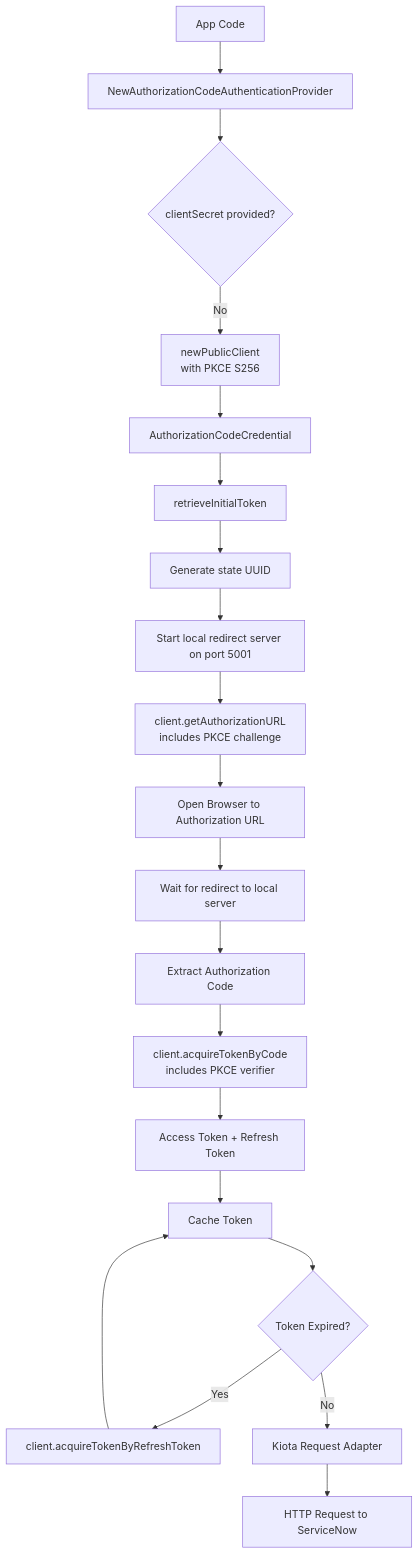
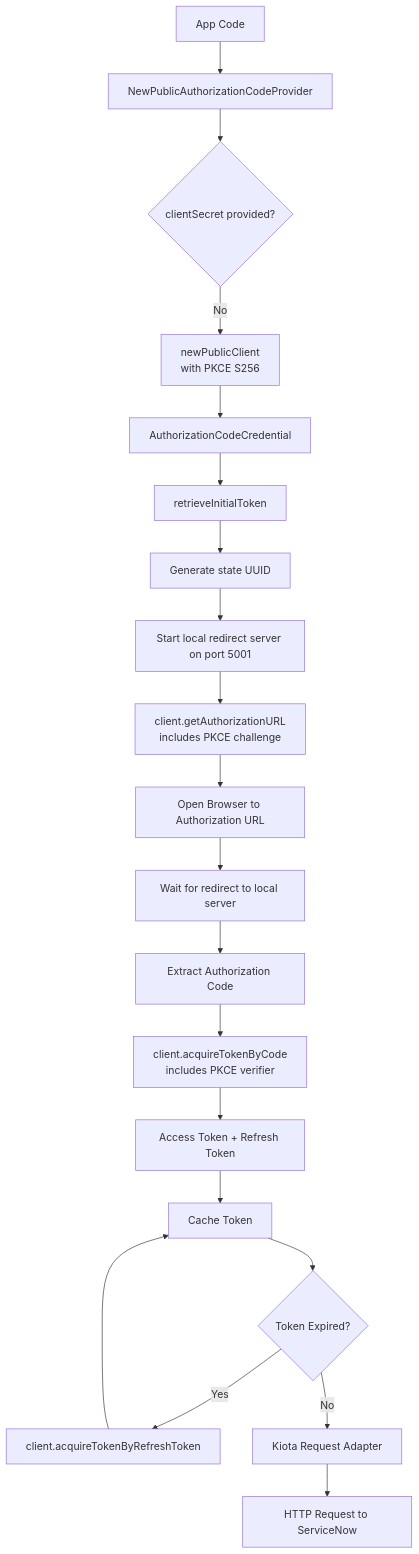
The diagram in website/docs/user-guide/authentication/auth-code-public.md (michaeldcanady/servicenow-sdk-go), drawn with Mermaid before and after one commit. The commit also changed other lines of this file and 16 other files, not shown here.

````diff
--- a/website/docs/user-guide/authentication/auth-code-public.md
+++ b/website/docs/user-guide/authentication/auth-code-public.md
@@ -26,29 +26,29 @@
 ```mermaid
 flowchart TD
-    A[App Code] --> B[NewAuthorizationCodeAuthenticationProvider]
+    A[App Code] --> B[NewPublicAuthorizationCodeProvider]
     B --> C{clientSecret provided?}
     C -->|No| D[newPublicClient<br/>with PKCE S256]
     D --> E[AuthorizationCodeCredential]
 
     %% Initial Token Acquisition
     E --> F[retrieveInitialToken]
     F --> G[Generate state UUID]
     G --> H[Start local redirect server on port 5001]
     H --> I[client.getAuthorizationURL<br/>includes PKCE challenge]
     I --> J[Open Browser to Authorization URL]
     J --> K[Wait for redirect to local server]
     K --> L[Extract Authorization Code]
     L --> M[client.acquireTokenByCode<br/>includes PKCE verifier]
     M --> N[Access Token + Refresh Token]
     N --> O[Cache Token]
 
     %% Refresh Flow
     O --> P{Token Expired?}
     P -->|Yes| Q[client.acquireTokenByRefreshToken]
     Q --> O
 
     %% Request Pipeline
     P -->|No| R[Kiota Request Adapter]
     R --> S[HTTP Request to ServiceNow]
 
 ```
````
